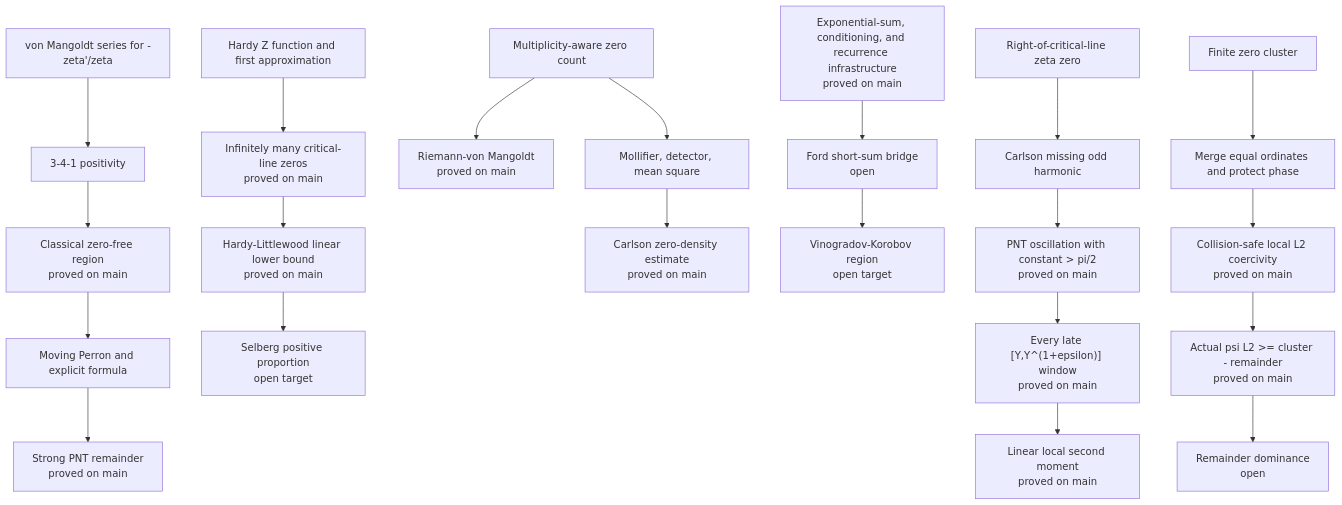
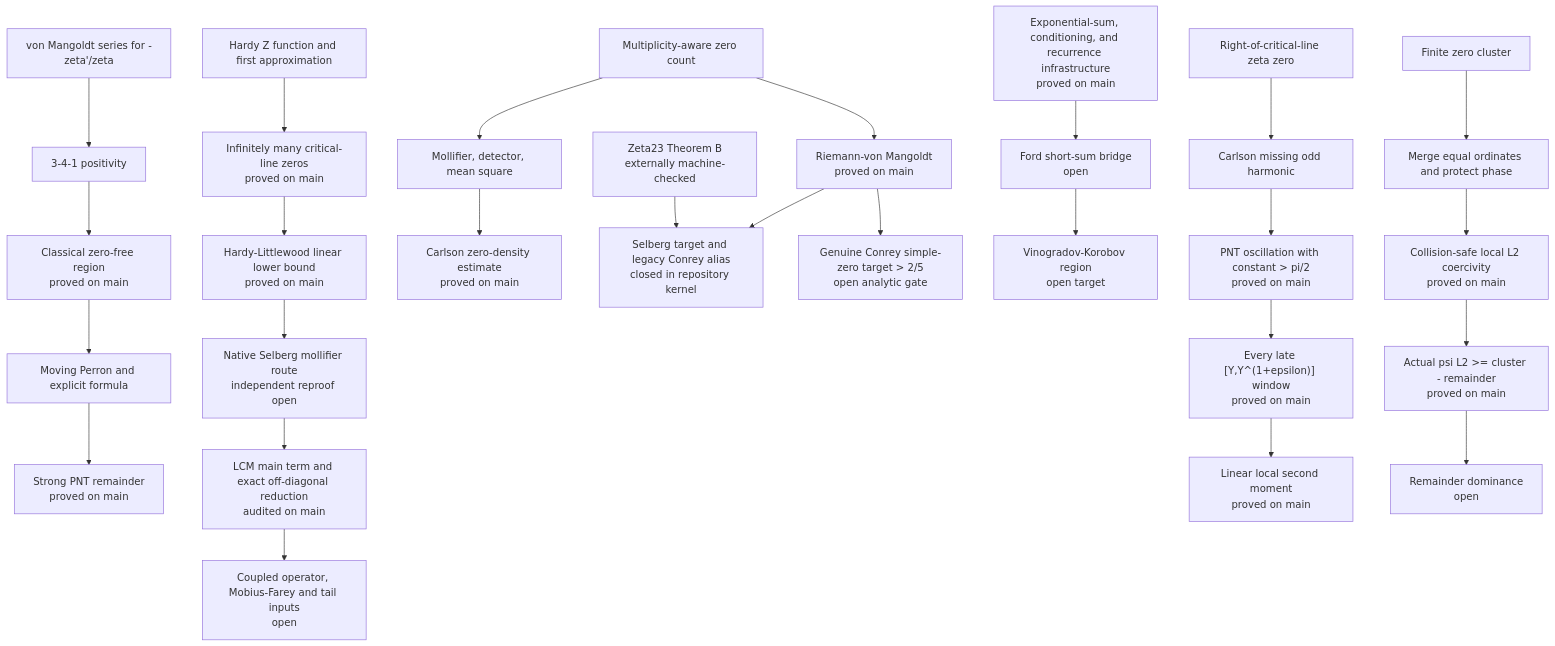
The diagram in README.md (cc-chen-tech/riemann-pnt-lean4), drawn with Mermaid before and after one commit. The commit also changed other lines of this file and 6 other files, not shown here.

````diff
--- a/README.md
+++ b/README.md
@@ -384,28 +386,34 @@
 ```mermaid
 flowchart TD
     A["von Mangoldt series for -zeta'/zeta"] --> B["3-4-1 positivity"]
     B --> C["Classical zero-free region<br/>proved on main"]
     C --> D["Moving Perron and explicit formula"]
     D --> E["Strong PNT remainder<br/>proved on main"]
 
     F["Hardy Z function and first approximation"] --> G["Infinitely many critical-line zeros<br/>proved on main"]
     G --> H["Hardy-Littlewood linear lower bound<br/>proved on main"]
-    H --> I["Selberg positive proportion<br/>open target"]
+    H --> I["Native Selberg mollifier route<br/>independent reproof open"]
+    I --> IA["LCM main term and exact off-diagonal reduction<br/>audited on main"]
+    IA --> IB["Coupled operator, Mobius-Farey and tail inputs<br/>open"]
 
     J["Multiplicity-aware zero count"] --> K["Riemann-von Mangoldt<br/>proved on main"]
     J --> L["Mollifier, detector, mean square"]
     L --> M["Carlson zero-density estimate<br/>proved on main"]
+
+    ZA["Zeta23 Theorem B<br/>externally machine-checked"] --> ZB["Selberg target and legacy Conrey alias<br/>closed in repository kernel"]
+    K --> ZB
+    K --> ZC["Genuine Conrey simple-zero target > 2/5<br/>open analytic gate"]
 
     N["Exponential-sum, conditioning, and recurrence infrastructure<br/>proved on main"] --> O["Ford short-sum bridge<br/>open"]
     O --> P["Vinogradov-Korobov region<br/>open target"]
 
     Q["Right-of-critical-line zeta zero"] --> R["Carlson missing odd harmonic"]
     R --> S["PNT oscillation with constant > pi/2<br/>proved on main"]
     S --> T["Every late [Y,Y^(1+epsilon)] window<br/>proved on main"]
     T --> U["Linear local second moment<br/>proved on main"]
 
     V["Finite zero cluster"] --> W["Merge equal ordinates and protect phase"]
     W --> X["Collision-safe local L2 coercivity<br/>proved on main"]
     X --> Y["Actual psi L2 >= cluster - remainder<br/>proved on main"]
     Y --> Z["Remainder dominance<br/>open"]
 ```
````
